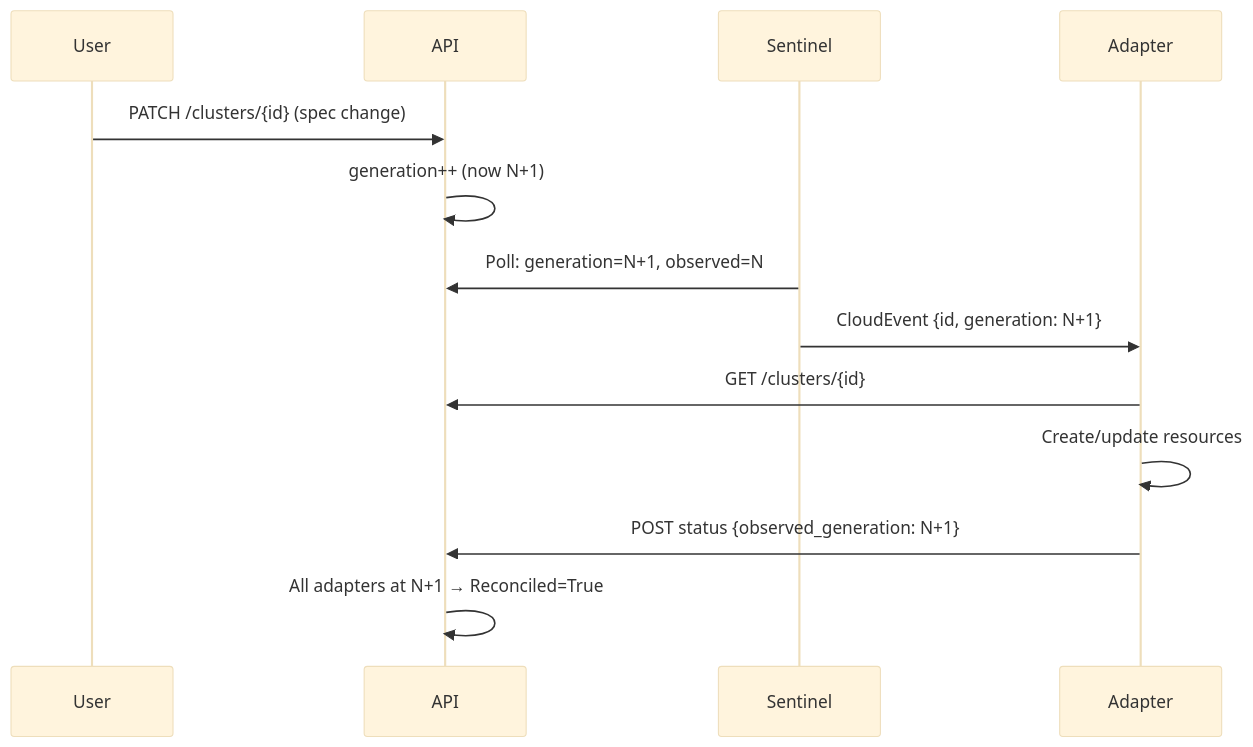
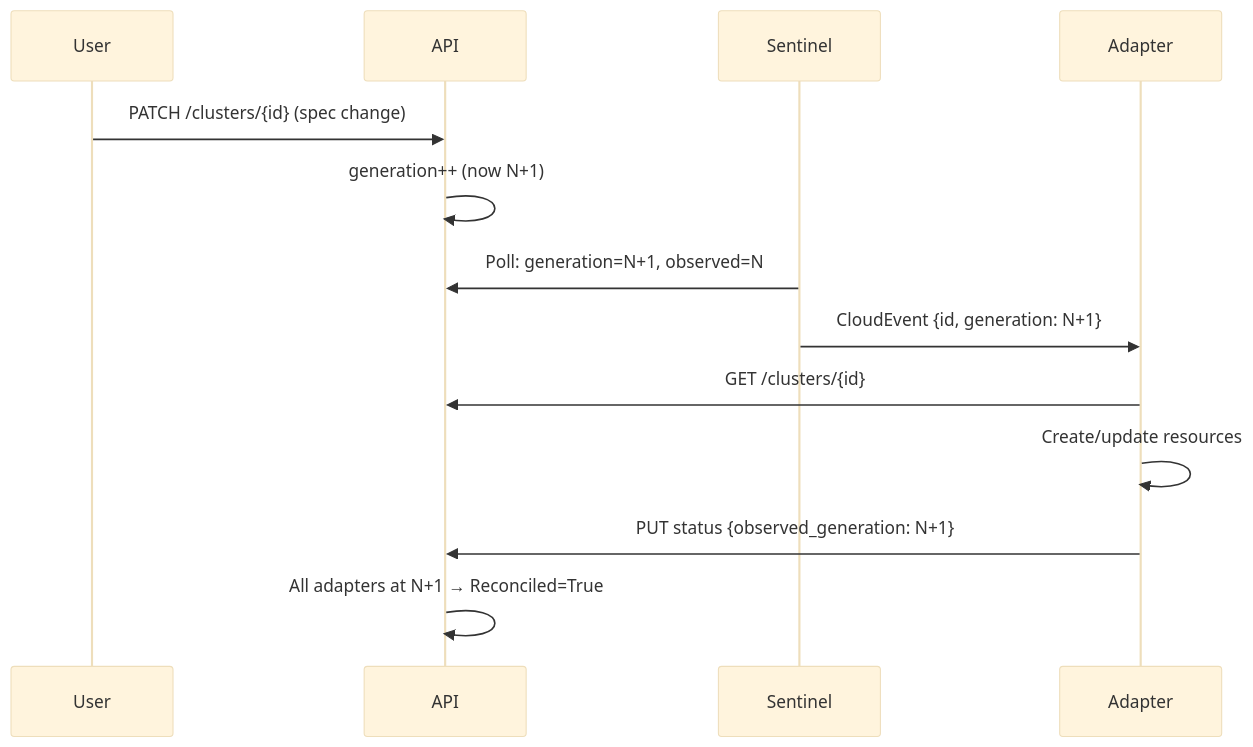
One commit to openshift-hyperfleet/hyperfleet-api changed the second of 4 diagrams in docs/adapter-authoring-guide.md. Above: the diagram before and after it, drawn with Mermaid (base theme). The commit also changed other lines of this file and 6 other files, not shown here.

Commit message:
HYPERFLEET-978 - chore: Update adapter configs, docs, and tests to use put

````diff
--- a/docs/adapter-authoring-guide.md
+++ b/docs/adapter-authoring-guide.md
@@ -72,16 +72,16 @@
 ```mermaid
 sequenceDiagram
     participant User
     participant API
     participant Sentinel
     participant Adapter
 
     User->>API: PATCH /clusters/{id} (spec change)
     API->>API: generation++ (now N+1)
     Sentinel->>API: Poll: generation=N+1, observed=N
     Sentinel->>Adapter: CloudEvent {id, generation: N+1}
     Adapter->>API: GET /clusters/{id}
     Adapter->>Adapter: Create/update resources
-    Adapter->>API: POST status {observed_generation: N+1}
+    Adapter->>API: PUT status {observed_generation: N+1}
     API->>API: All adapters at N+1 → Reconciled=True
 ```
````
